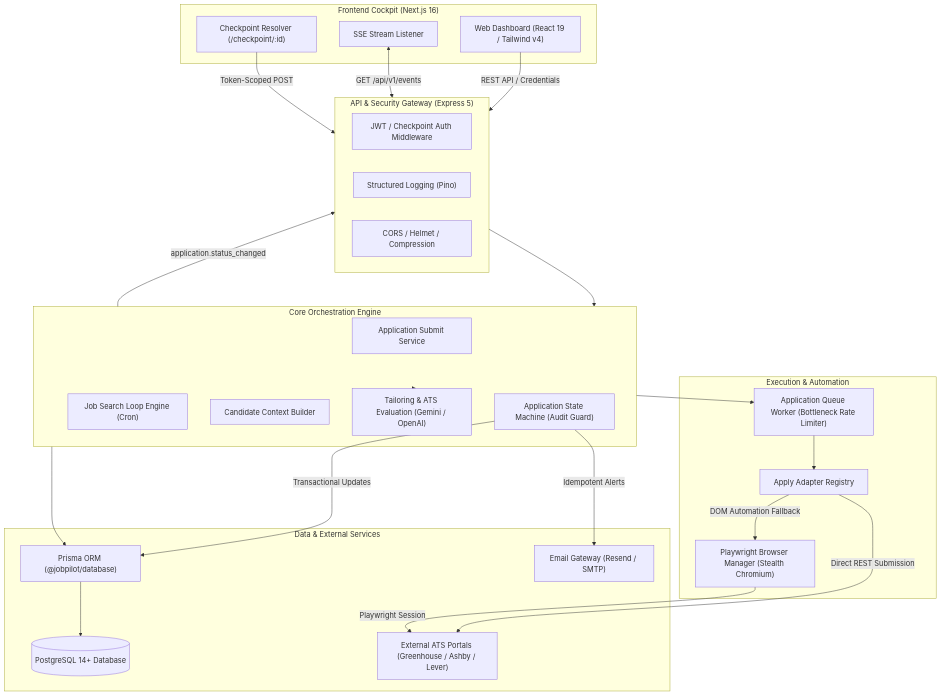
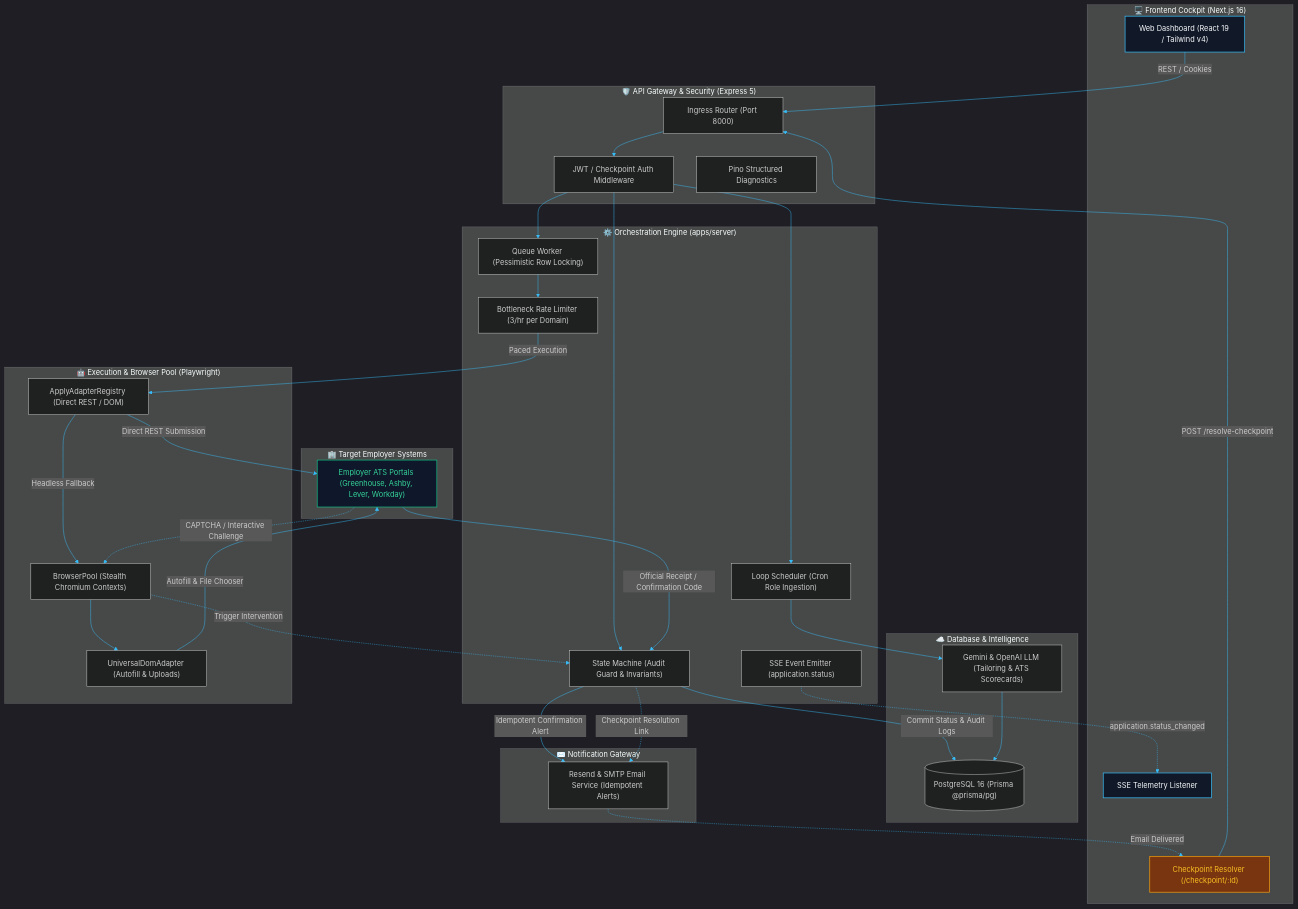
The first of 3 diagrams in README.md (RudraBhungaliya/JobPilot), drawn with Mermaid before and after one commit. The commit also changed other lines of this file and 1 other file, not shown here.

Commit message:
Readme Update

````diff
--- a/README.md
+++ b/README.md
@@ -83,54 +93,79 @@
 ```mermaid
+%%{init: {'theme': 'dark', 'themeVariables': { 'darkMode': true, 'background': '#0a0d14', 'primaryColor': '#1e293b', 'primaryTextColor': '#f8fafc', 'primaryBorderColor': '#38bdf8', 'lineColor': '#38bdf8', 'secondaryColor': '#0f172a', 'tertiaryColor': '#111827' }}}%%
 flowchart TD
-    subgraph ClientLayer["Frontend Cockpit (Next.js 16)"]
+    subgraph ClientLayer["🖥️ Frontend Cockpit (Next.js 16)"]
         UI["Web Dashboard (React 19 / Tailwind v4)"]
-        SSE_Client["SSE Stream Listener"]
+        SSE_Client["SSE Telemetry Listener"]
         HITL_Portal["Checkpoint Resolver (/checkpoint/:id)"]
     end
 
-    subgraph GatewayLayer["API & Security Gateway (Express 5)"]
+    subgraph GatewayLayer["🛡️ API Gateway & Security (Express 5)"]
+        Ingress["Ingress Router (Port 8000)"]
         Auth["JWT / Checkpoint Auth Middleware"]
-        PinoLogger["Structured Logging (Pino)"]
-        CorsHelmet["CORS / Helmet / Compression"]
+        PinoLogger["Pino Structured Diagnostics"]
     end
 
-    subgraph EngineLayer["Core Orchestration Engine"]
-        StateMachine["Application State Machine (Audit Guard)"]
-        SubmitService["Application Submit Service"]
-        LoopEngine["Job Search Loop Engine (Cron)"]
-        CandidateService["Candidate Context Builder"]
-        AIEngine["Tailoring & ATS Evaluation (Gemini / OpenAI)"]
+    subgraph MonorepoCore["⚙️ Orchestration Engine (apps/server)"]
+        StateMachine["State Machine (Audit Guard & Invariants)"]
+        QueueWorker["Queue Worker (Pessimistic Row Locking)"]
+        RateLimiter["Bottleneck Rate Limiter (3/hr per Domain)"]
+        LoopEngine["Loop Scheduler (Cron Role Ingestion)"]
+        SSEBroadcaster["SSE Event Emitter (application.status)"]
     end
 
-    subgraph ExecutionLayer["Execution & Automation"]
-        QueueWorker["Application Queue Worker (Bottleneck Rate Limiter)"]
-        AdapterRegistry["Apply Adapter Registry"]
-        BrowserPool["Playwright Browser Manager (Stealth Chromium)"]
+    subgraph CloudSatellites["☁️ Database & Intelligence"]
+        Postgres[("PostgreSQL 16 (Prisma @prisma/pg)")]
+        AIEngine["Gemini & OpenAI LLM (Tailoring & ATS Scorecards)"]
     end
 
-    subgraph PersistenceLayer["Data & External Services"]
-        Prisma["Prisma ORM (@jobpilot/database)"]
-        Postgres[("PostgreSQL 14+ Database")]
-        ResendGateway["Email Gateway (Resend / SMTP)"]
-        LiveATS["External ATS Portals (Greenhouse / Ashby / Lever)"]
+    subgraph ExecutionLayer["🤖 Execution & Browser Pool (Playwright)"]
+        AdapterRegistry["ApplyAdapterRegistry (Direct REST / DOM)"]
+        BrowserPool["BrowserPool (Stealth Chromium Contexts)"]
+        DomAdapter["UniversalDomAdapter (Autofill & Uploads)"]
     end
 
-    UI -->|REST API / Credentials| GatewayLayer
-    SSE_Client <-->|GET /api/v1/events| GatewayLayer
-    HITL_Portal -->|Token-Scoped POST| GatewayLayer
+    subgraph ExternalTargets["🏢 Target Employer Systems"]
+        LiveATS["Employer ATS Portals (Greenhouse, Ashby, Lever, Workday)"]
+    end
 
-    GatewayLayer --> EngineLayer
-    EngineLayer --> Prisma
-    EngineLayer --> QueueWorker
-    EngineLayer --> AIEngine
+    subgraph NotificationLayer["✉️ Notification Gateway"]
+        EmailGateway["Resend & SMTP Email Service (Idempotent Alerts)"]
+    end
 
-    QueueWorker --> AdapterRegistry
+    UI -->|REST / Cookies| Ingress
+    Ingress --> Auth
+    Auth --> StateMachine
+    Auth --> QueueWorker
+    Auth --> LoopEngine
+
+    QueueWorker --> RateLimiter
+    RateLimiter -->|Paced Execution| AdapterRegistry
     AdapterRegistry -->|Direct REST Submission| LiveATS
-    AdapterRegistry -->|DOM Automation Fallback| BrowserPool
-    BrowserPool -->|Playwright Session| LiveATS
+    AdapterRegistry -->|Headless Fallback| BrowserPool
+    BrowserPool --> DomAdapter
+    DomAdapter -->|Autofill & File Chooser| LiveATS
 
-    StateMachine -->|Idempotent Alerts| ResendGateway
-    StateMachine -->|Transactional Updates| Prisma
-    Prisma --> Postgres
-    EngineLayer -->|application.status_changed| GatewayLayer
+    LiveATS -->|Official Receipt / Confirmation Code| StateMachine
+    LiveATS -.->|CAPTCHA / Interactive Challenge| BrowserPool
+    BrowserPool -.->|Trigger Intervention| StateMachine
+
+    StateMachine -->|Commit Status & Audit Logs| Postgres
+    StateMachine -->|Idempotent Confirmation Alert| EmailGateway
+    StateMachine -.->|Checkpoint Resolution Link| EmailGateway
+    EmailGateway -.->|Email Delivered| HITL_Portal
+
+    HITL_Portal -->|POST /resolve-checkpoint| Ingress
+    LoopEngine --> AIEngine
+    AIEngine --> Postgres
+
+    SSEBroadcaster -.->|application.status_changed| SSE_Client
+
+    classDef clientClass fill:#111827,stroke:#38bdf8,stroke-width:1.5px,color:#f8fafc;
+    classDef coreClass fill:#1e293b,stroke:#475569,stroke-width:1.5px,color:#f8fafc;
+    classDef targetClass fill:#0f172a,stroke:#10b981,stroke-width:1.5px,color:#34d399;
+    classDef alertClass fill:#78350f,stroke:#f59e0b,stroke-width:1.5px,color:#fbbf24;
+
+    class UI,SSE_Client clientClass;
+    class HITL_Portal alertClass;
+    class LiveATS targetClass;
 ```
````
